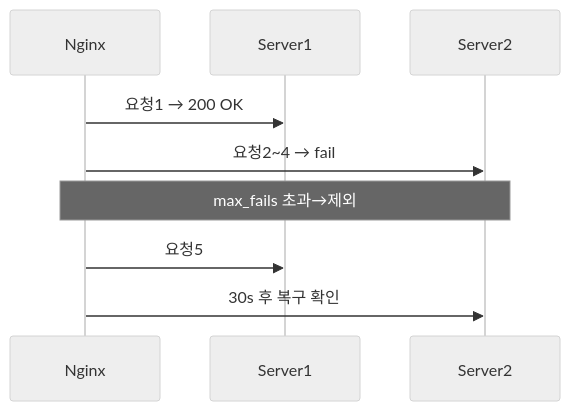
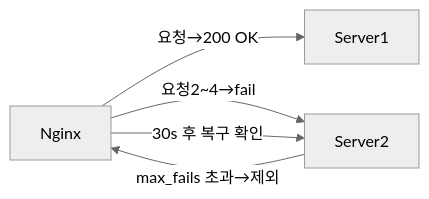
One commit to yjkim2015/yjkim2015.github.io changed diagram 17 of 18 in _posts/server/2026-05-01-nginx.md. Above: the diagram before and after it, drawn with Mermaid (neutral theme). The commit also changed other lines of this file and 84 other files, not shown here.

First line of the commit message:
85개 포스트 Mermaid 다이어그램 규칙 일괄 수정

````diff
--- a/_posts/server/2026-05-01-nginx.md
+++ b/_posts/server/2026-05-01-nginx.md
@@ -723,11 +714,7 @@
 ```mermaid
-sequenceDiagram
-    participant N as Nginx
-    participant S1 as Server1
-    participant S2 as Server2
-    N->>S1: 요청1 → 200 OK
-    N->>S2: 요청2~4 → fail
-    Note over N,S2: max_fails 초과→제외
-    N->>S1: 요청5
-    N->>S2: 30s 후 복구 확인
+graph LR
+    N["Nginx"] -->|"요청→200 OK"| S1["Server1"]
+    N -->|"요청2~4→fail"| S2["Server2"]
+    S2 -->|"max_fails 초과→제외"| N
+    N -->|"30s 후 복구 확인"| S2
 ```
````
